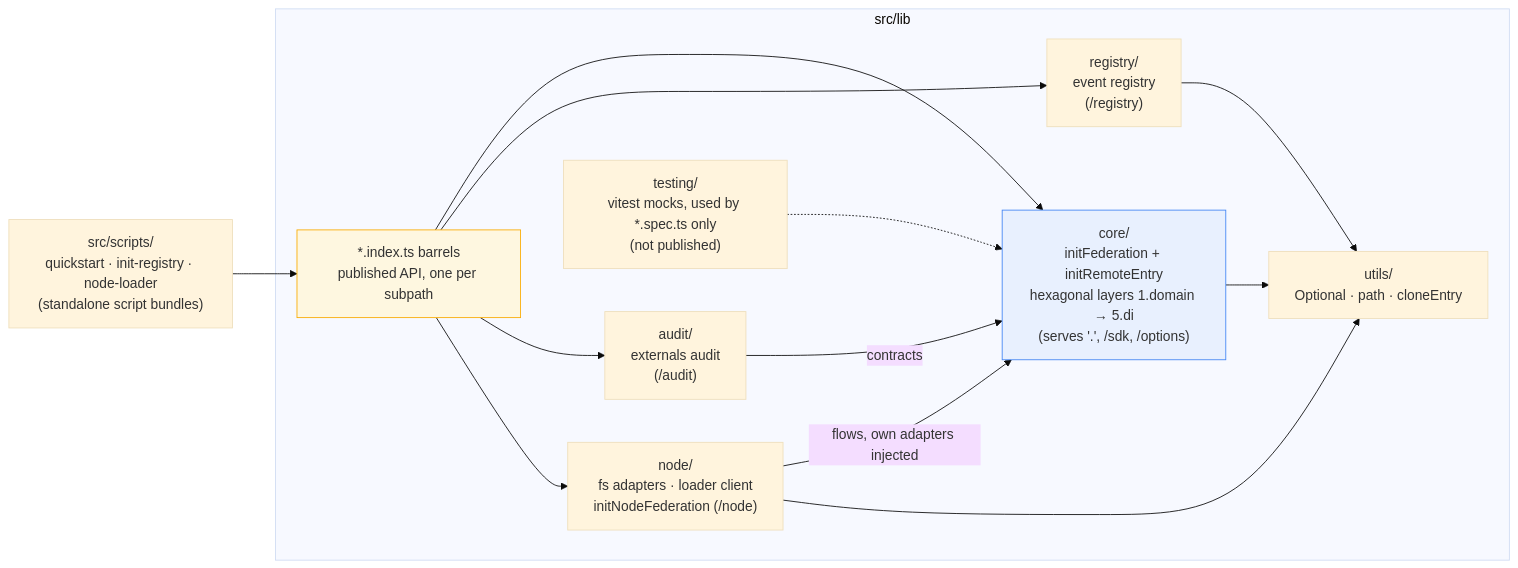
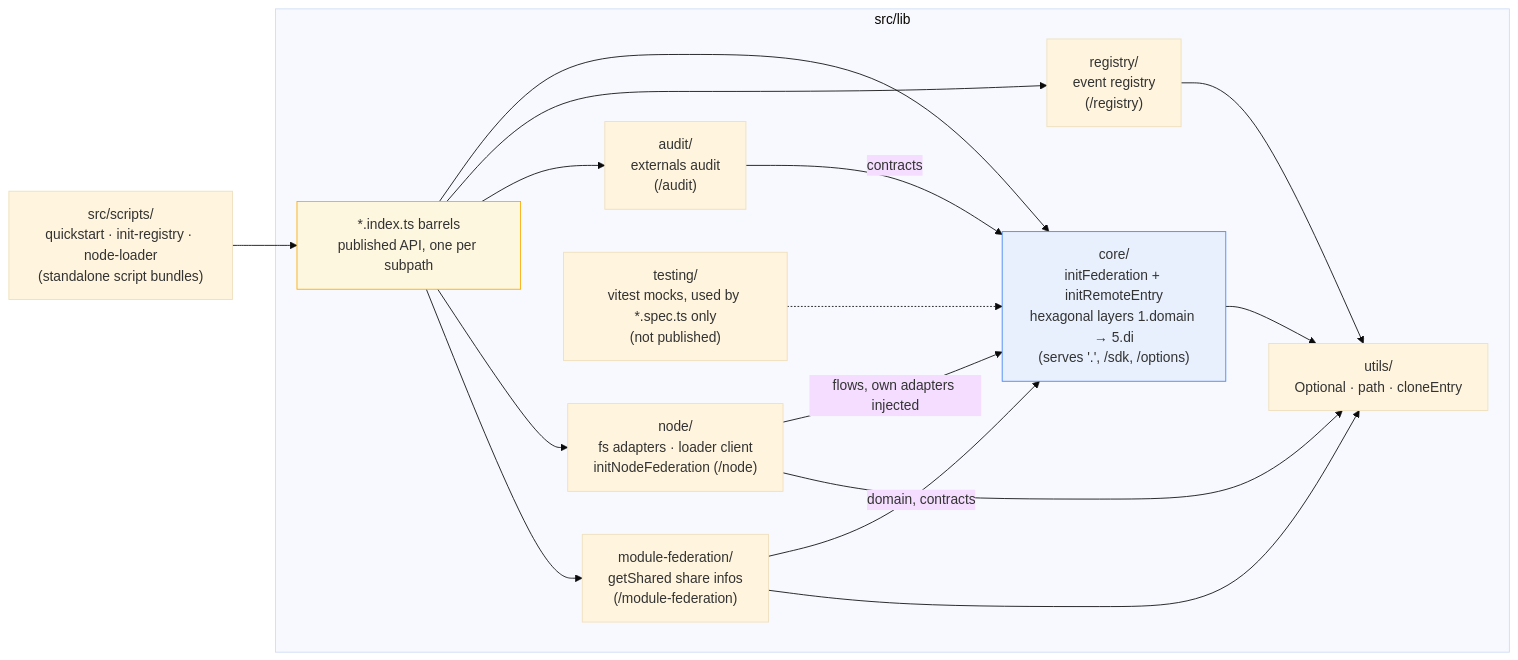
Before and after one commit to native-federation/orchestrator: the diagram in CONTRIBUTING.md, drawn with Mermaid (base theme). The commit also changed other lines of this file and 11 other files, not shown here.

````diff
--- a/CONTRIBUTING.md
+++ b/CONTRIBUTING.md
@@ -15,33 +15,37 @@
 ```mermaid
 graph LR
     E["src/scripts/<br/>quickstart · init-registry · node-loader<br/>(standalone script bundles)"]
 
     subgraph lib ["src/lib"]
         BARRELS["*.index.ts barrels<br/>published API, one per subpath"]
 
         CORE["core/<br/>initFederation + initRemoteEntry<br/>hexagonal layers 1.domain → 5.di<br/>(serves '.', /sdk, /options)"]
         REGISTRY["registry/<br/>event registry<br/>(/registry)"]
         AUDIT["audit/<br/>externals audit<br/>(/audit)"]
         NODE["node/<br/>fs adapters · loader client<br/>initNodeFederation (/node)"]
+        MF["module-federation/<br/>getShared share infos<br/>(/module-federation)"]
 
         UTILS["utils/<br/>Optional · path · cloneEntry"]
         TESTING["testing/<br/>vitest mocks, used by *.spec.ts only<br/>(not published)"]
     end
 
     E --> BARRELS
     BARRELS --> CORE
     BARRELS --> REGISTRY
     BARRELS --> AUDIT
     BARRELS --> NODE
+    BARRELS --> MF
 
     AUDIT -->|contracts| CORE
     NODE -->|flows, own adapters injected| CORE
+    MF -->|domain, contracts| CORE
 
     CORE --> UTILS
     REGISTRY --> UTILS
     NODE --> UTILS
+    MF --> UTILS
     TESTING -.-> CORE
 
     style CORE fill:#e8f0fe,stroke:#4285f4
     style BARRELS fill:#fef7e0,stroke:#f9ab00
 ```
````
